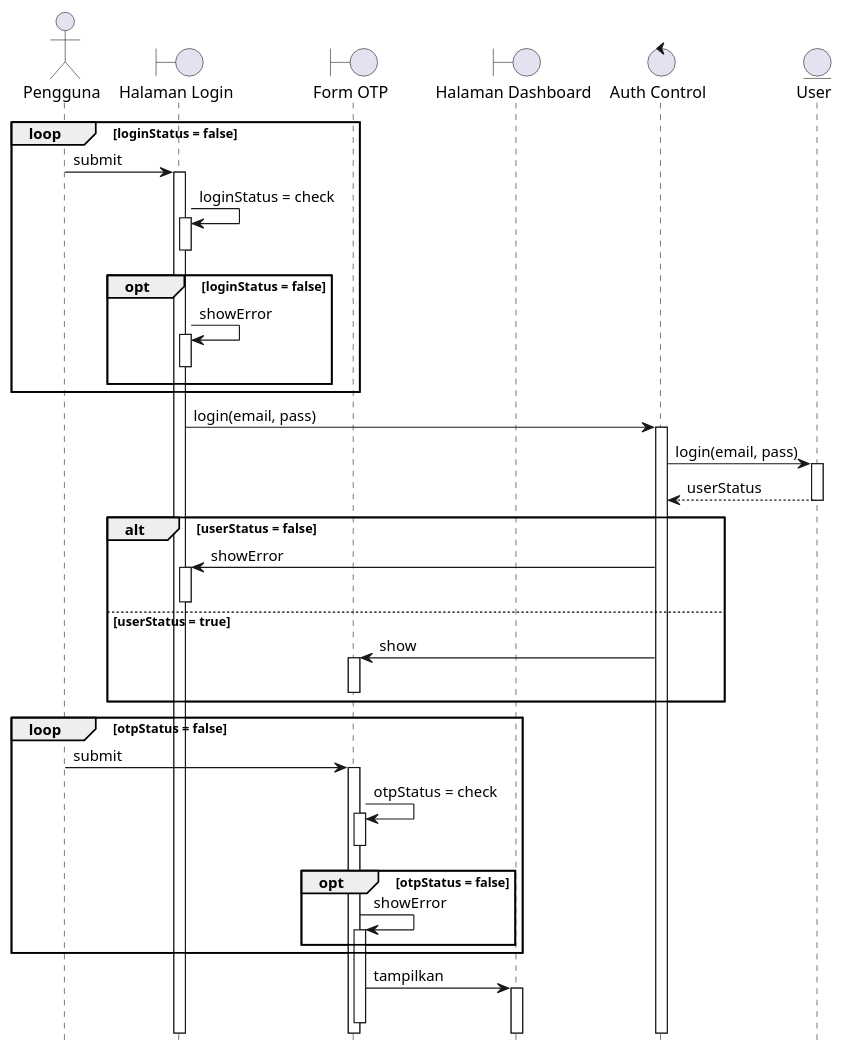
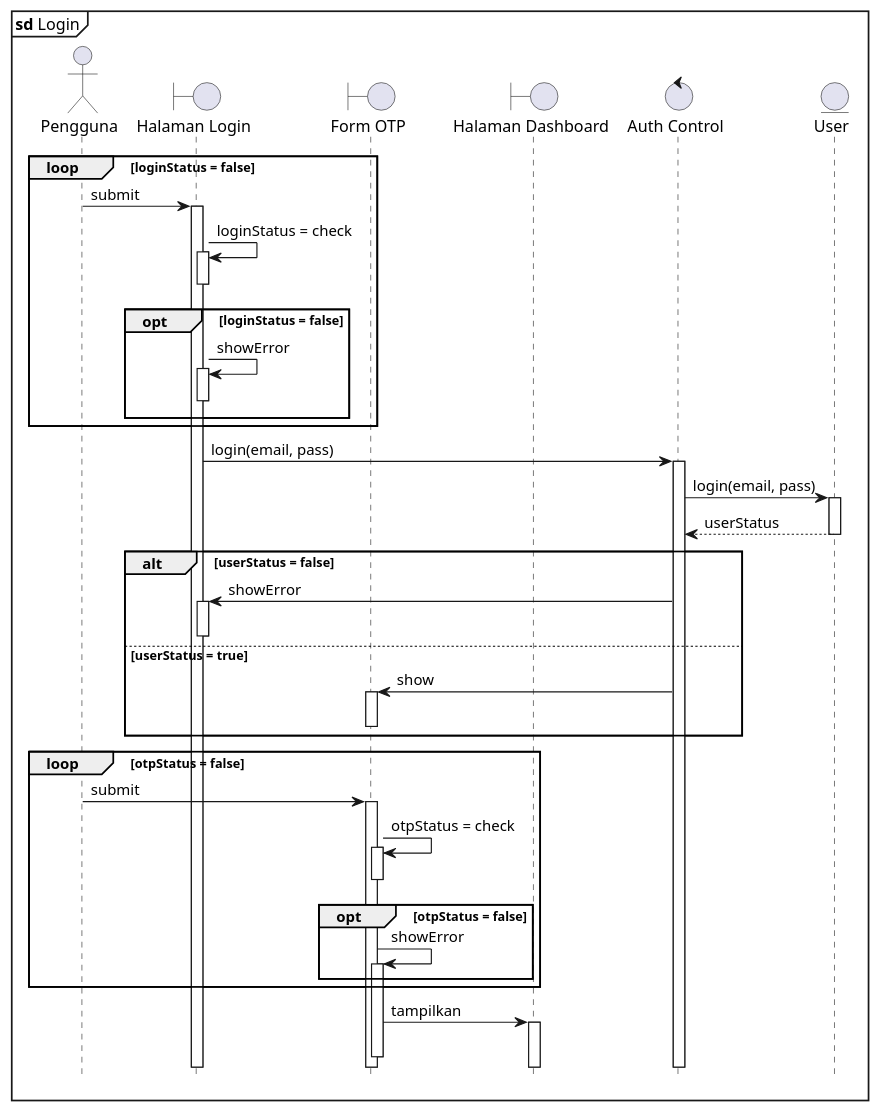
One commit to clarestarahma/manajemen-investasi changed the diagram in sequence/Login.puml. Above: the diagram before and after it, drawn with PlantUML. The commit also changed 1 other file, not shown here.

Commit message:
login sm regist kurang mainframe

```diff
--- a/sequence/Login.puml
+++ b/sequence/Login.puml
@@ -1,49 +1,51 @@
 @startuml Sequence
 
 hide footbox
 autoactivate on
+
+mainframe **sd** Login
 
 actor "Pengguna"
 boundary "Halaman Login" as HL
 boundary "Form OTP" as FOTP
 boundary "Halaman Dashboard" as D
 control "Auth Control" as AC
 ' entity "Auth Service" as ASR
 entity "User" as user
 
 loop loginStatus = false
     Pengguna -> HL: submit
     HL -> HL: loginStatus = check 
     deactivate HL
 
     opt loginStatus = false
         HL -> HL: showError
         deactivate HL
     end
 end 
 
 HL -> AC : login(email, pass)
 AC -> user : login(email, pass)
 user --> AC : userStatus
 
 alt userStatus = false
     AC -> HL : showError
     deactivate HL  
 else userStatus = true 
     AC -> FOTP : show
     deactivate FOTP
 end
     loop otpStatus = false
         Pengguna -> FOTP: submit
         FOTP -> FOTP: otpStatus = check
         deactivate FOTP
         opt otpStatus = false
             FOTP -> FOTP: showError
         end
     end
 
 FOTP -> D : tampilkan
 deactivate FOTP 
 
 
 @enduml
```
